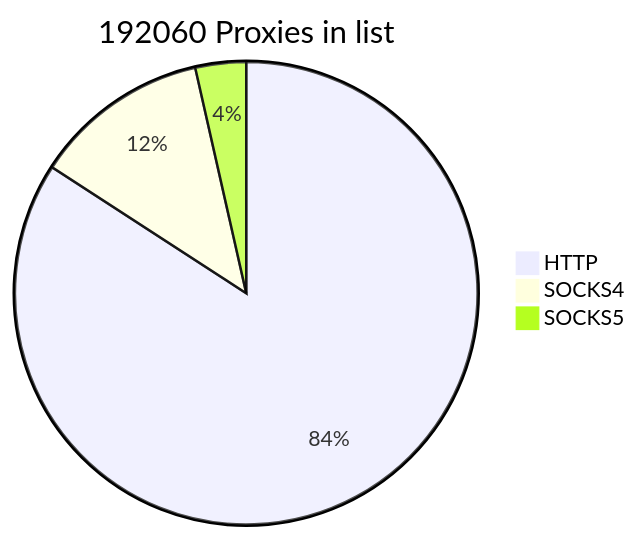
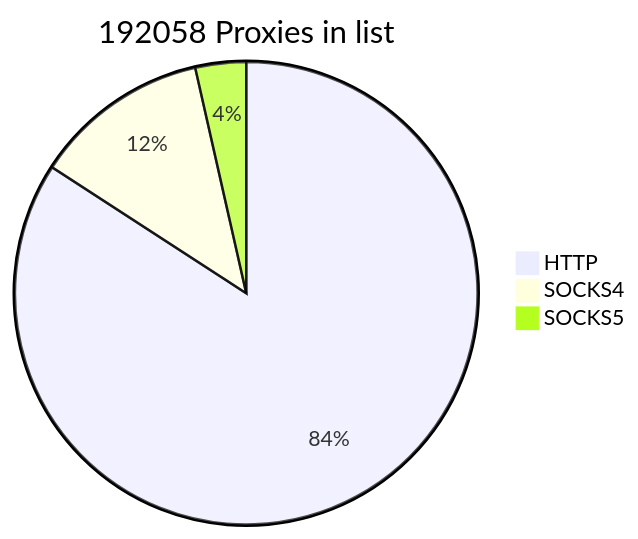
Before and after one commit to cutipu/proxylist: the first of 2 diagrams in README.md, drawn with Mermaid. The commit also changed other lines of this file, not shown here.

````diff
--- a/README.md
+++ b/README.md
@@ -2,7 +2,7 @@
 ```mermaid
-pie title 192060 Proxies in list
-    "HTTP" : 161641
+pie title 192058 Proxies in list
+    "HTTP" : 161640
     "SOCKS4" : 23616
-    "SOCKS5" : 6803
+    "SOCKS5" : 6802
             
 ```
````
